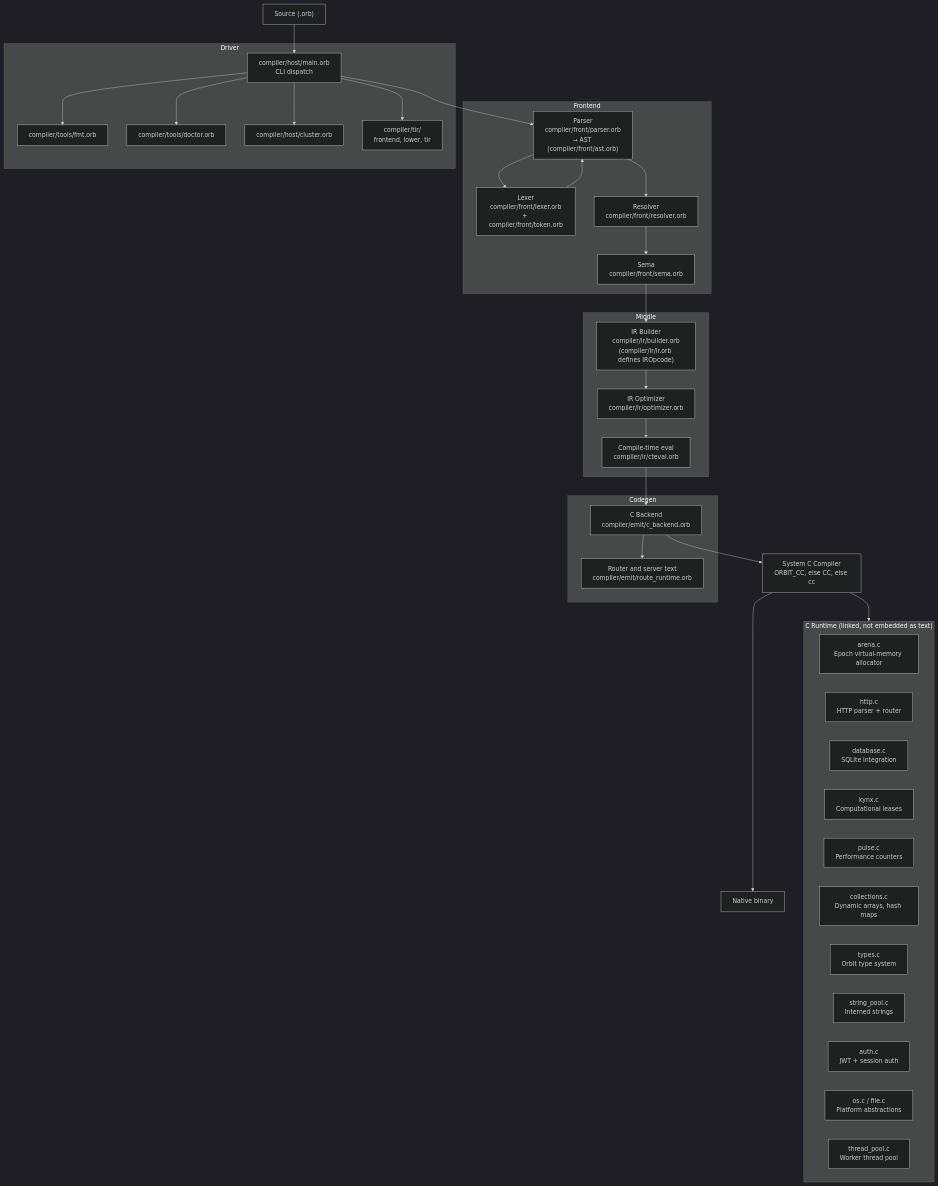
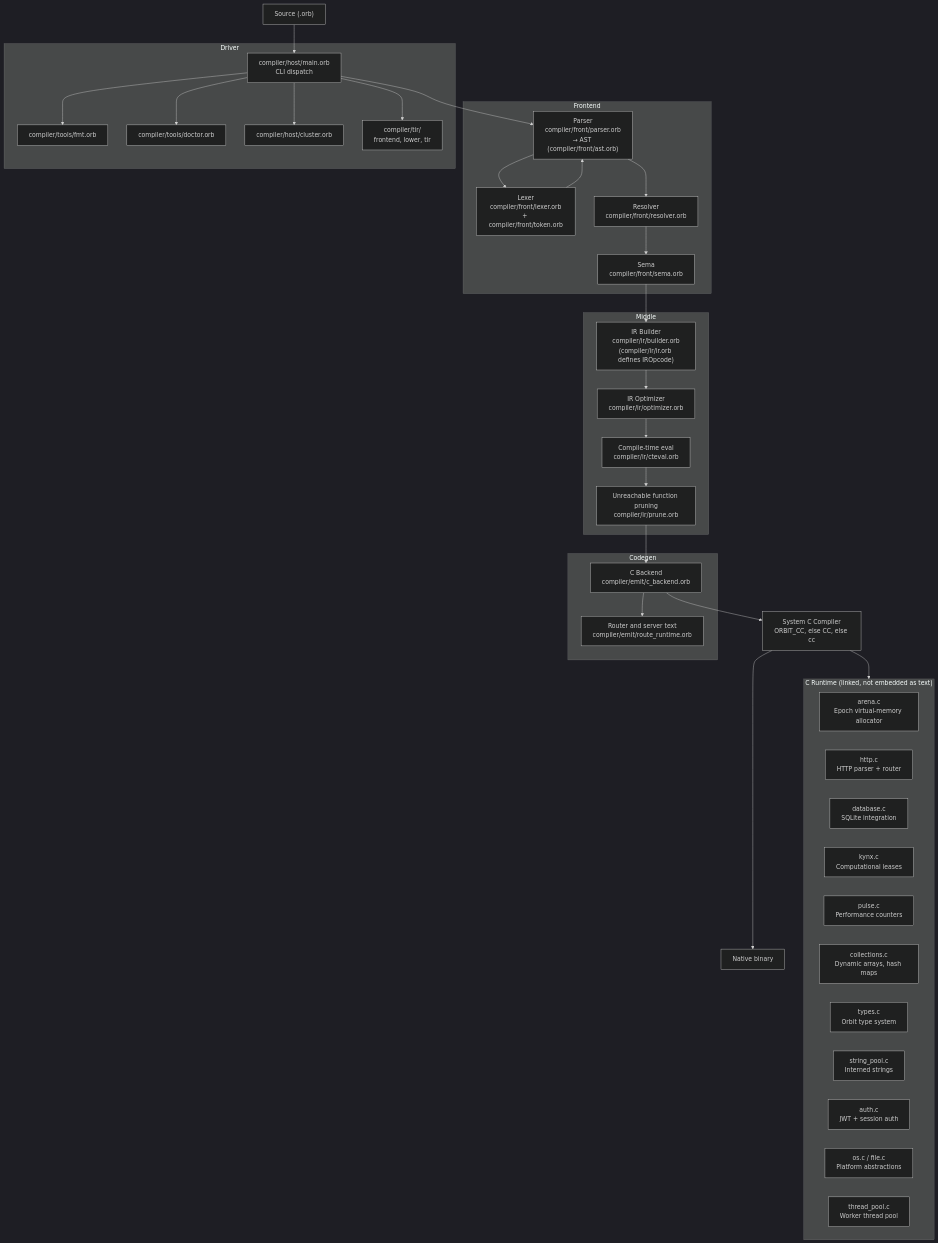
The diagram in docs/ARCHITECTURE.md (joacokhzyx/orbit-lang), drawn with Mermaid (dark theme) before and after one commit. The commit also changed other lines of this file, not shown here.

First line of the commit message:
docs: add the prune pass to the architecture pipeline

````diff
--- a/docs/ARCHITECTURE.md
+++ b/docs/ARCHITECTURE.md
@@ -30,59 +30,60 @@
 ```mermaid
 flowchart TD
     SRC["Source (.orb)"]
 
     subgraph Frontend
         LEX["Lexer\ncompiler/front/lexer.orb\n+ compiler/front/token.orb"]
         PAR["Parser\ncompiler/front/parser.orb\n→ AST (compiler/front/ast.orb)"]
         RES["Resolver\ncompiler/front/resolver.orb"]
         SEM["Sema\ncompiler/front/sema.orb"]
     end
 
     subgraph Middle
         IR["IR Builder\ncompiler/ir/builder.orb\n(compiler/ir/ir.orb defines IROpcode)"]
         OPT["IR Optimizer\ncompiler/ir/optimizer.orb"]
         CTE["Compile-time eval\ncompiler/ir/cteval.orb"]
+        PRN["Unreachable function pruning\ncompiler/ir/prune.orb"]
     end
 
     subgraph Codegen
         CBK["C Backend\ncompiler/emit/c_backend.orb"]
         RTM["Router and server text\ncompiler/emit/route_runtime.orb"]
     end
 
     subgraph Runtime["C Runtime (linked, not embedded as text)"]
         ARN["arena.c\nEpoch virtual-memory allocator"]
         HTTP["http.c\nHTTP parser + router"]
         DB["database.c\nSQLite integration"]
         KYN["kynx.c\nComputational leases"]
         PLS["pulse.c\nPerformance counters"]
         COL["collections.c\nDynamic arrays, hash maps"]
         TYP["types.c\nOrbit type system"]
         STR["string_pool.c\nInterned strings"]
         AUTH["auth.c\nJWT + session auth"]
         OS["os.c / file.c\nPlatform abstractions"]
         THR["thread_pool.c\nWorker thread pool"]
     end
 
     subgraph Driver
         MAIN["compiler/host/main.orb\nCLI dispatch"]
         FMT["compiler/tools/fmt.orb"]
         DOC["compiler/tools/doctor.orb"]
         CLU["compiler/host/cluster.orb"]
         FE["compiler/tir/\nfrontend, lower, tir"]
     end
 
     SRC --> MAIN
     MAIN --> PAR
     PAR --> LEX
     LEX --> PAR
     PAR --> RES --> SEM --> IR
-    IR --> OPT --> CTE --> CBK
+    IR --> OPT --> CTE --> PRN --> CBK
     CBK --> RTM
     CBK --> CC["System C Compiler\nORBIT_CC, else CC, else cc"]
     CC --> BIN["Native binary"]
     CC --> Runtime
     MAIN --> FMT
     MAIN --> DOC
     MAIN --> CLU
     MAIN --> FE
 ```
````
